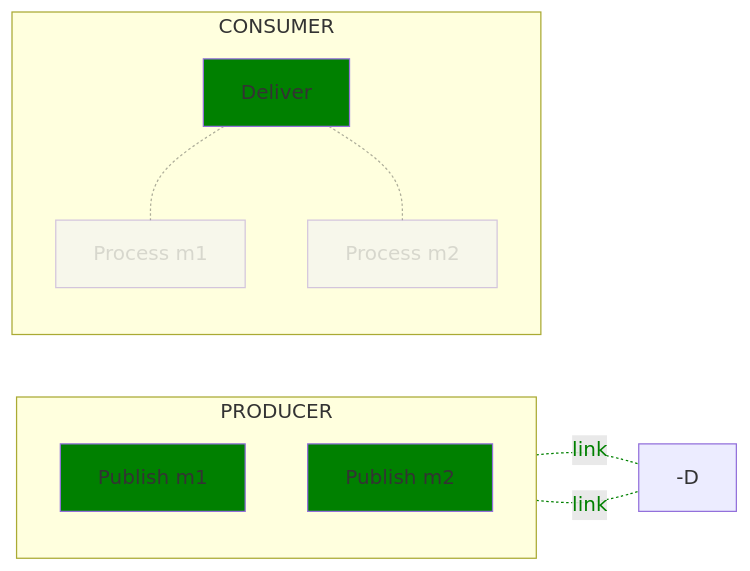
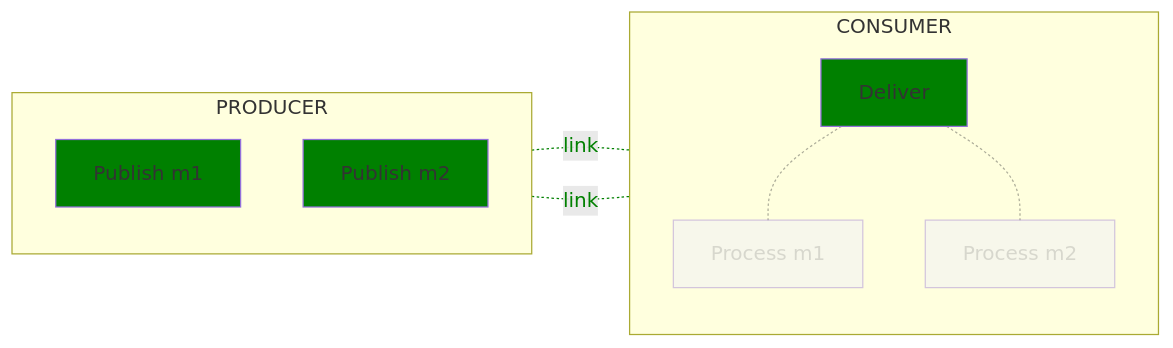
One commit to open-telemetry/oteps changed the seventh of 12 diagrams in text/trace/0220-messaging-semantic-conventions-span-structure.md. Above: the diagram before and after it, drawn with Mermaid. The commit also changed other lines of this file, not shown here.

Commit message:
Fix diagrams

````diff
--- a/text/trace/0220-messaging-semantic-conventions-span-structure.md
+++ b/text/trace/0220-messaging-semantic-conventions-span-structure.md
@@ -455,22 +455,22 @@
 ```mermaid
 flowchart LR;
   subgraph PRODUCER
   direction TB
   PM1[Publish m1]
   PM2[Publish m2]
   end
   subgraph CONSUMER
   direction TB
   D[Deliver]-.-PRM1[Process m1]
   D-.-PRM2[Process m2]
   end
-  PM1-. link .--D;
-  PM2-. link .--D;
+  PM1-. link .-D;
+  PM2-. link .-D;
 
   classDef normal fill:green
   class PM1,PM2,D normal
   classDef additional opacity:0.4
   class PRM1,PRM2 additional
   linkStyle 0,1 opacity:0.4
   linkStyle 2,3 color:green,stroke:green
 ```
````
